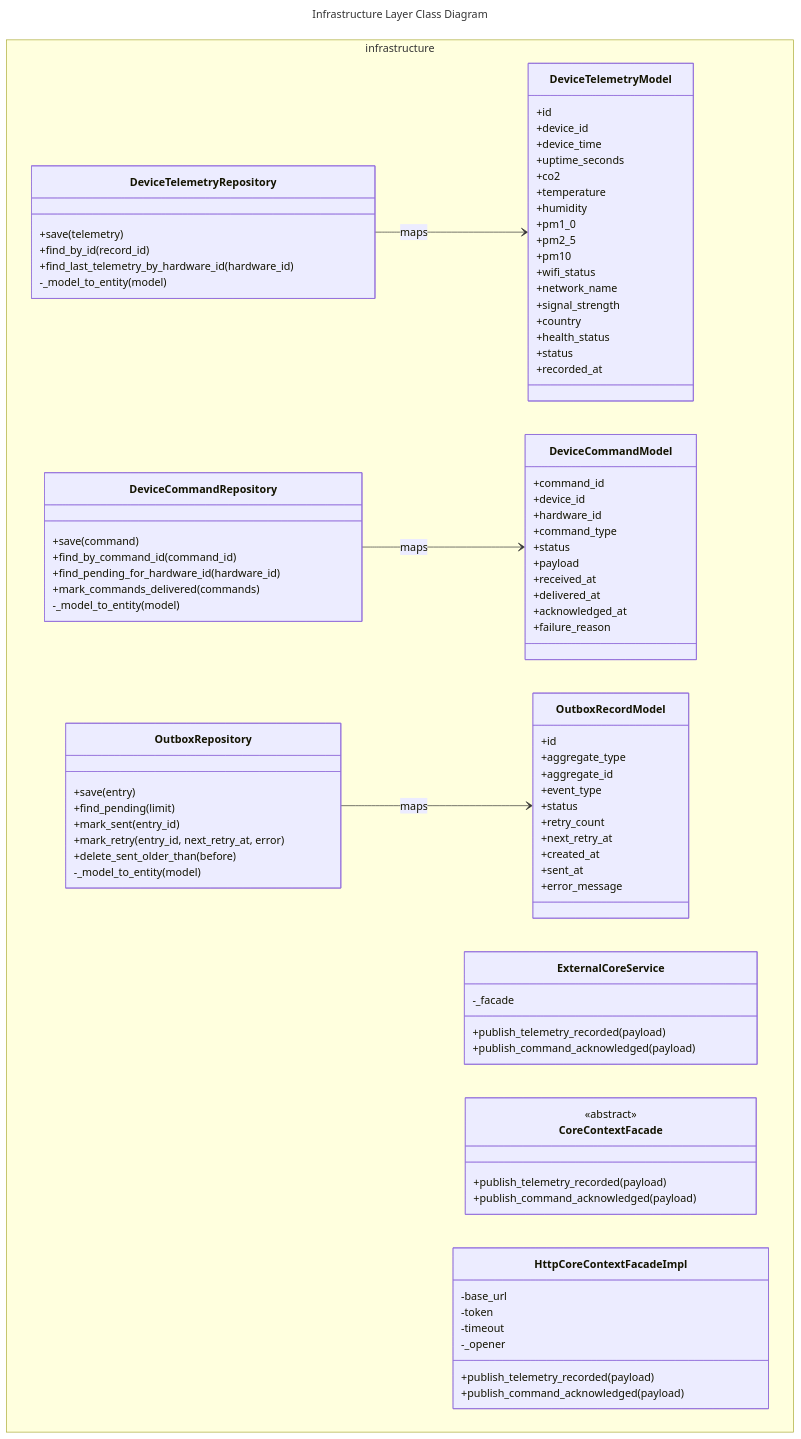
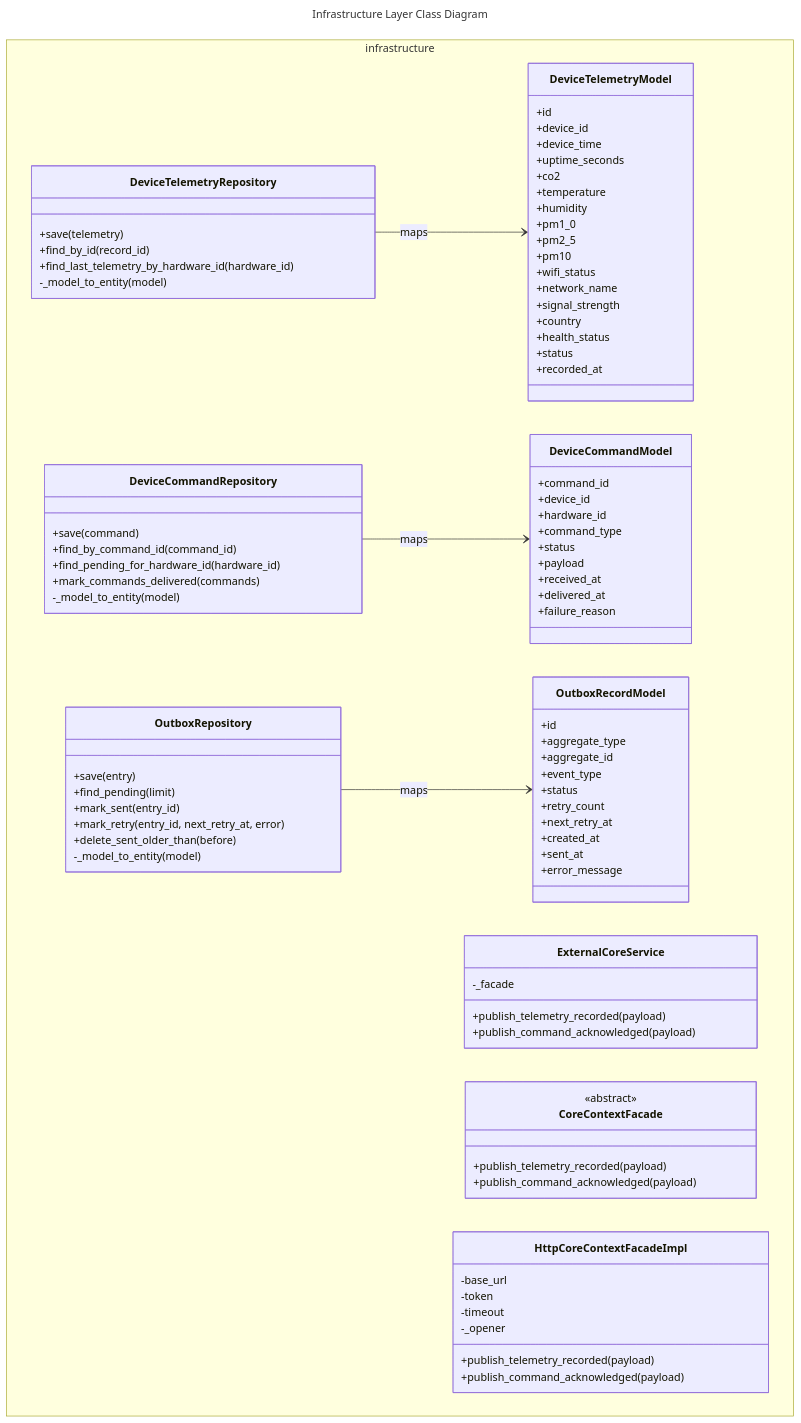
Before and after one commit to bananawire/edge: the fifth of 5 diagrams in docs/class-diagrams/device_class_diagram.md, drawn with Mermaid. The commit also changed other lines of this file and 23 other files, not shown here.

```diff
--- a/docs/class-diagrams/device_class_diagram.md
+++ b/docs/class-diagrams/device_class_diagram.md
@@ -642,7 +639,6 @@
         +payload
         +received_at
         +delivered_at
-        +acknowledged_at
         +failure_reason
     }
 
```
